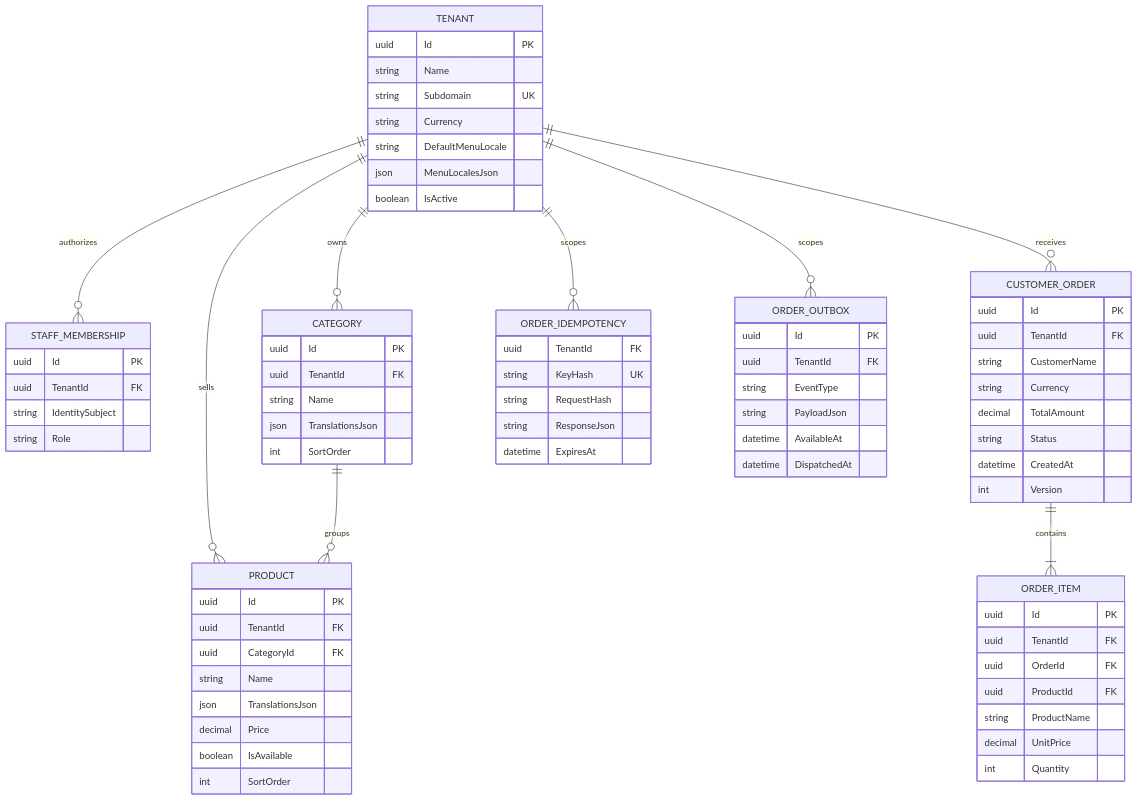
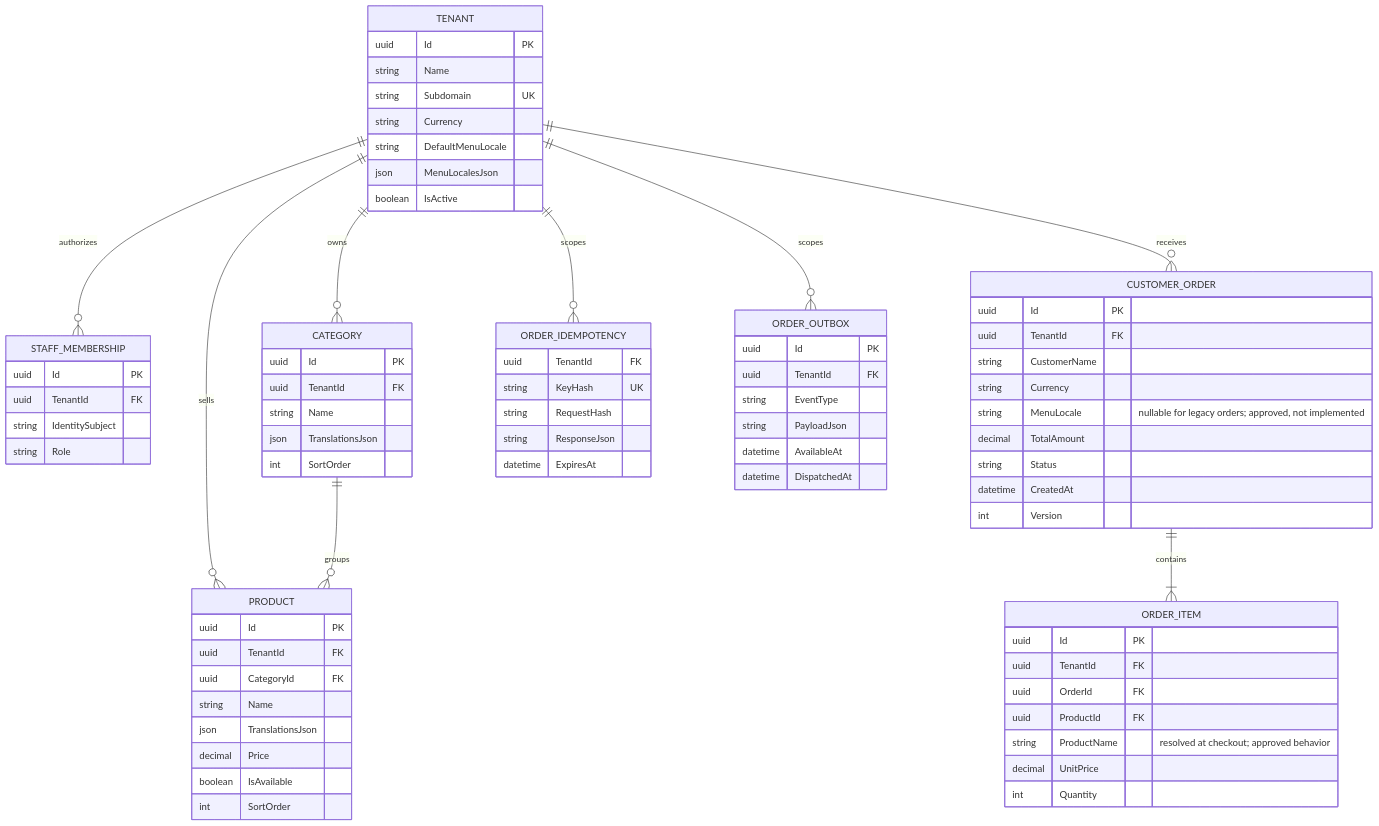
The diagram in docs/database/database-schema.md (whritou/WhitePlate), drawn with Mermaid before and after one commit. The commit also changed other lines of this file and 6 other files, not shown here.

Commit message:
docs(architecture): approve localized order snapshots

````diff
--- a/docs/database/database-schema.md
+++ b/docs/database/database-schema.md
@@ -38,78 +38,79 @@
 ```mermaid
 erDiagram
     TENANT ||--o{ STAFF_MEMBERSHIP : authorizes
     TENANT ||--o{ CATEGORY : owns
     TENANT ||--o{ PRODUCT : sells
     TENANT ||--o{ CUSTOMER_ORDER : receives
     CATEGORY ||--o{ PRODUCT : groups
     CUSTOMER_ORDER ||--|{ ORDER_ITEM : contains
     TENANT ||--o{ ORDER_IDEMPOTENCY : scopes
     TENANT ||--o{ ORDER_OUTBOX : scopes
 
     TENANT {
         uuid Id PK
         string Name
         string Subdomain UK
         string Currency
         string DefaultMenuLocale
         json MenuLocalesJson
         boolean IsActive
     }
     STAFF_MEMBERSHIP {
         uuid Id PK
         uuid TenantId FK
         string IdentitySubject
         string Role
     }
     CATEGORY {
         uuid Id PK
         uuid TenantId FK
         string Name
         json TranslationsJson
         int SortOrder
     }
     PRODUCT {
         uuid Id PK
         uuid TenantId FK
         uuid CategoryId FK
         string Name
         json TranslationsJson
         decimal Price
         boolean IsAvailable
         int SortOrder
     }
     CUSTOMER_ORDER {
         uuid Id PK
         uuid TenantId FK
         string CustomerName
         string Currency
+        string MenuLocale "nullable for legacy orders; approved, not implemented"
         decimal TotalAmount
         string Status
         datetime CreatedAt
         int Version
     }
     ORDER_ITEM {
         uuid Id PK
         uuid TenantId FK
         uuid OrderId FK
         uuid ProductId FK
-        string ProductName
+        string ProductName "resolved at checkout; approved behavior"
         decimal UnitPrice
         int Quantity
     }
     ORDER_IDEMPOTENCY {
         uuid TenantId FK
         string KeyHash UK
         string RequestHash
         string ResponseJson
         datetime ExpiresAt
     }
     ORDER_OUTBOX {
         uuid Id PK
         uuid TenantId FK
         string EventType
         string PayloadJson
         datetime AvailableAt
         datetime DispatchedAt
     }
 ```
````
